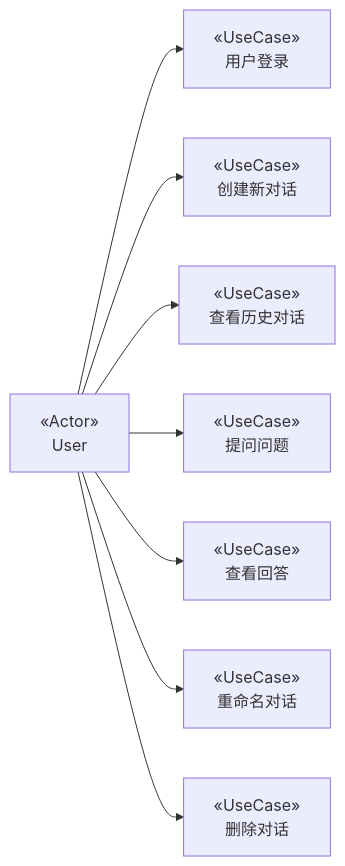
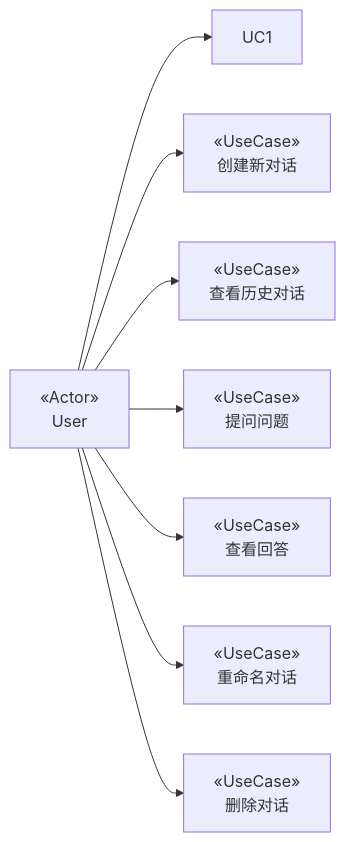
One commit to BUCT-CS2301/QAsystem changed the second of 6 diagrams in documents/需求规格说明书.md. Above: the diagram before and after it, drawn with Mermaid. The commit also changed other lines of this file, not shown here.

````diff
--- a/documents/需求规格说明书.md
+++ b/documents/需求规格说明书.md
@@ -223,20 +217,19 @@
 ```mermaid
 flowchart LR
     User["«Actor»<br/>User"]
 
-    UC1["«UseCase»<br/>用户登录"]
     UC2["«UseCase»<br/>创建新对话"]
     UC3["«UseCase»<br/>查看历史对话"]
     UC4["«UseCase»<br/>提问问题"]
     UC5["«UseCase»<br/>查看回答"]
     UC6["«UseCase»<br/>重命名对话"]
     UC7["«UseCase»<br/>删除对话"]
 
     User --> UC1
     User --> UC2
     User --> UC3
     User --> UC4
     User --> UC5
     User --> UC6
     User --> UC7
 ```
````
